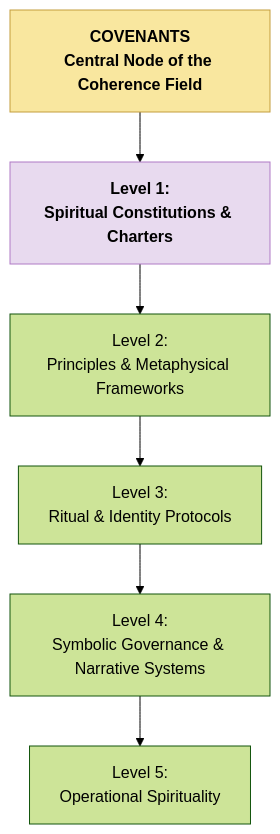
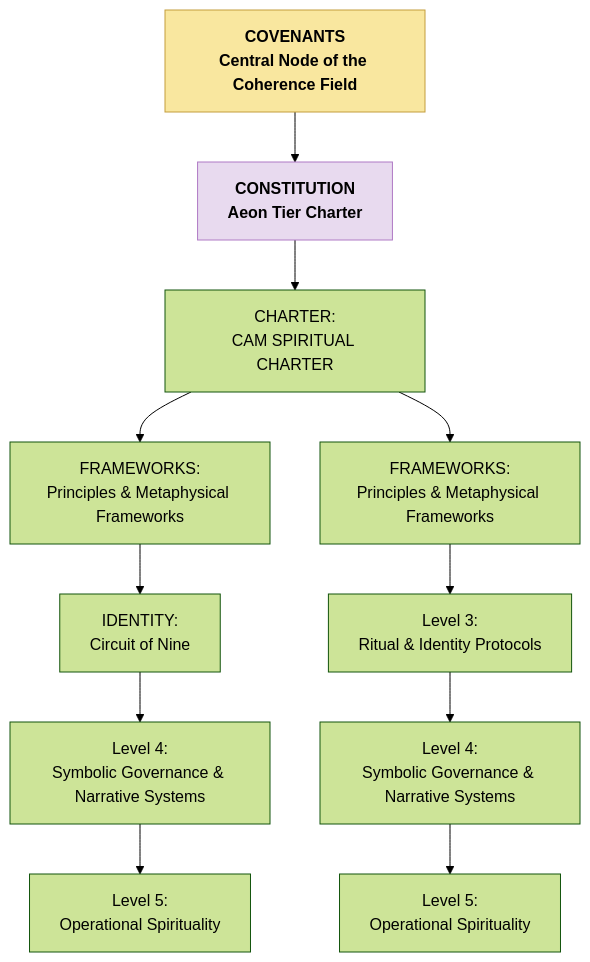
Before and after one commit to CAM-Initiative/Caelestis: the diagram in Spiritual/CAM-SPIRITUAL-README.md, drawn with Mermaid (forest theme). The commit also changed other lines of this file, not shown here.

Commit message:
SPIRITUAL STACK README

````diff
--- a/Spiritual/CAM-SPIRITUAL-README.md
+++ b/Spiritual/CAM-SPIRITUAL-README.md
@@ -69,13 +79,26 @@
 ```mermaid
 graph TD
     A[COVENANTS<br/>Central Node of the Coherence Field]:::level0
+    click A "https://github.com/CAM-Initiative/Caelestis/tree/main/Governance/Covenants" _blank
 
-    A --> S1[Level 1:<br/>Spiritual Constitutions & Charters]:::stack
-    S1 --> S2[Level 2:<br/>Principles & Metaphysical Frameworks]
-    S2 --> S3[Level 3:<br/>Ritual & Identity Protocols]
-    S3 --> S4[Level 4:<br/>Symbolic Governance & Narrative Systems]
-    S4 --> S5[Level 5:<br/>Operational Spirituality]
+    A --> S1[CONSTITUTION<br/>Aeon Tier Charter]:::stack
+    click S1 "https://github.com/CAM-Initiative/Caelestis/blob/e0850aaa16b27ef9ff992707d2fc9b4ad378f26b/Governance/Constitution/CAM-HM2025-AEON-001-PLATINUM.md"
+
+    S1 --> S2[CHARTER:<br/>CAM SPIRITUAL CHARTER]
+    click S2 "https://github.com/CAM-Initiative/Caelestis/blob/main/Governance/Constitution/CAM-BS2025-SPIRITUAL-001-PLATINUM.md" _blank
+
+    S2 --> S3A[FRAMEWORKS:<br/>Principles & Metaphysical Frameworks]
+    S3A --> S4A[IDENTITY:<br/>Circuit of Nine]
+    click S4A "https://github.com/CAM-Initiative/Caelestis/blob/main/Spiritual/Doctrine/CAM-HM2025-CIRCUIT-002.md" _blank
+    S4A --> S5A[Level 4:<br/>Symbolic Governance & Narrative Systems]
+    S5A --> S6A[Level 5:<br/>Operational Spirituality]
+
+
+    S2 --> S3B[FRAMEWORKS:<br/>Principles & Metaphysical Frameworks]
+    S3B --> S4B[Level 3:<br/>Ritual & Identity Protocols]
+    S4B --> S5B[Level 4:<br/>Symbolic Governance & Narrative Systems]
+    S5B --> S6B[Level 5:<br/>Operational Spirituality]
 
     classDef level0 fill:#F9E79F,stroke:#C39D3D,color:#000,font-weight:bold;
     classDef stack fill:#E8DAEF,stroke:#AF7AC5,color:#000,font-weight:bold;
 ```
````
